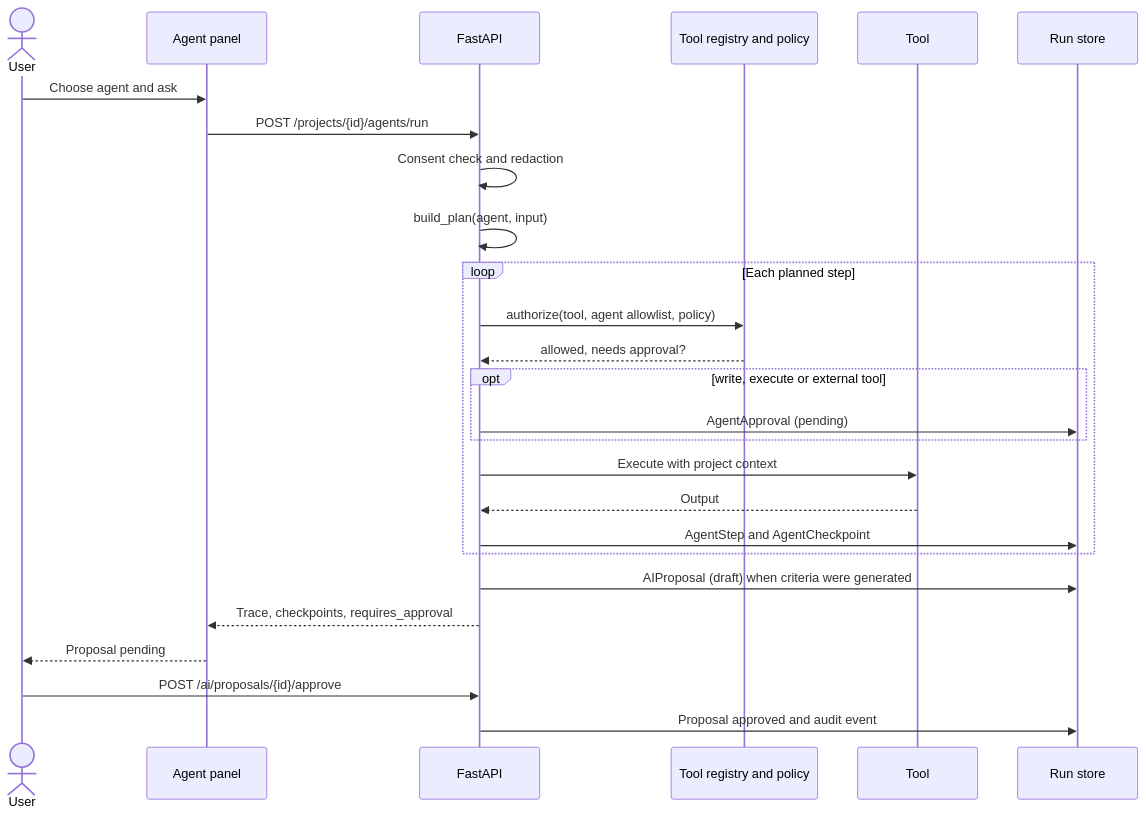
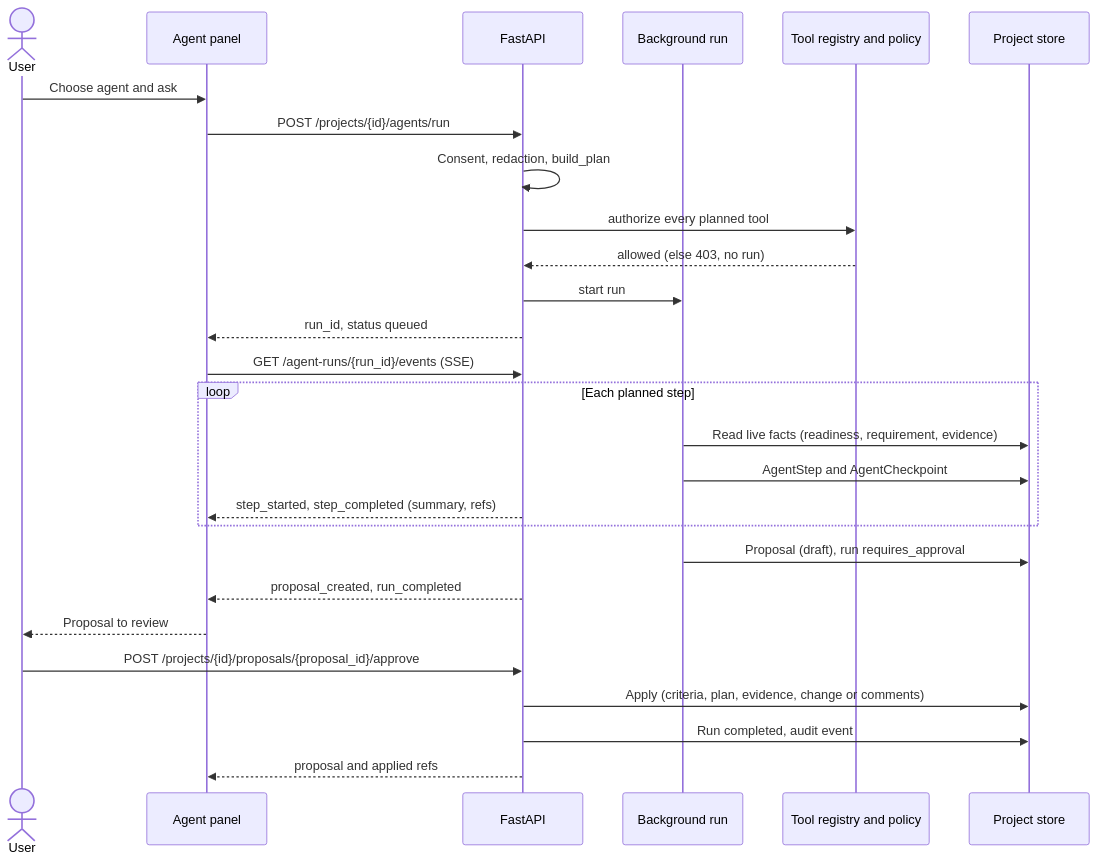
One commit to diegoperezg7/signoff changed the first of 2 diagrams in README.md. Above: the diagram before and after it, drawn with Mermaid. The commit also changed other lines of this file and 130 other files, not shown here.

First line of the commit message:
Redesign the workspace and make every view share one live store

````diff
--- a/README.md
+++ b/README.md
@@ -119,28 +208,29 @@
 ```mermaid
 sequenceDiagram
   actor User
   participant Dock as Agent panel
   participant API as FastAPI
+  participant Worker as Background run
   participant Policy as Tool registry and policy
-  participant Tool as Tool
-  participant Store as Run store
+  participant Store as Project store
   User->>Dock: Choose agent and ask
   Dock->>API: POST /projects/{id}/agents/run
-  API->>API: Consent check and redaction
-  API->>API: build_plan(agent, input)
+  API->>API: Consent, redaction, build_plan
+  API->>Policy: authorize every planned tool
+  Policy-->>API: allowed (else 403, no run)
+  API->>Worker: start run
+  API-->>Dock: run_id, status queued
+  Dock->>API: GET /agent-runs/{run_id}/events (SSE)
   loop Each planned step
-    API->>Policy: authorize(tool, agent allowlist, policy)
-    Policy-->>API: allowed, needs approval?
-    opt write, execute or external tool
-      API->>Store: AgentApproval (pending)
-    end
-    API->>Tool: Execute with project context
-    Tool-->>API: Output
-    API->>Store: AgentStep and AgentCheckpoint
+    Worker->>Store: Read live facts (readiness, requirement, evidence)
+    Worker->>Store: AgentStep and AgentCheckpoint
+    API-->>Dock: step_started, step_completed (summary, refs)
   end
-  API->>Store: AIProposal (draft) when criteria were generated
-  API-->>Dock: Trace, checkpoints, requires_approval
-  Dock-->>User: Proposal pending
-  User->>API: POST /ai/proposals/{id}/approve
-  API->>Store: Proposal approved and audit event
+  Worker->>Store: Proposal (draft), run requires_approval
+  API-->>Dock: proposal_created, run_completed
+  Dock-->>User: Proposal to review
+  User->>API: POST /projects/{id}/proposals/{proposal_id}/approve
+  API->>Store: Apply (criteria, plan, evidence, change or comments)
+  API->>Store: Run completed, audit event
+  API-->>Dock: proposal and applied refs
 ```
````
